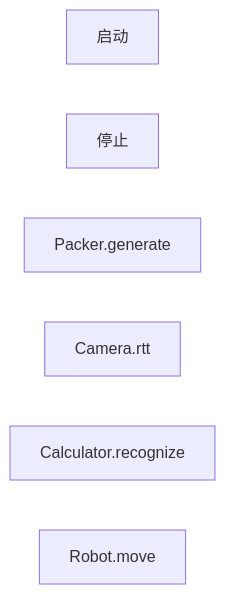
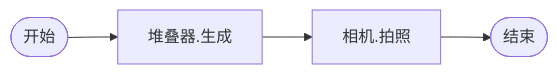
Before and after one commit to sltruman/practical-tools: the tenth of 12 diagrams in README.md, drawn with Mermaid. The commit also changed other lines of this file and 6 other files, not shown here.

````diff
--- a/README.md
+++ b/README.md
@@ -280,9 +283,10 @@
 ```mermaid
 flowchart LR
-    start[启动]
-    stop[停止]
-    Packer.generate
-    Camera.rtt
-    Calculator.recognize
-    Robot.move
+    packer.generate[堆叠器.生成]
+    camera.capture[相机.拍照]
+    start([开始])
+    finish([结束])
+    start-->packer.generate
+    packer.generate-->camera.capture
+    camera.capture-->finish
 ```
````
